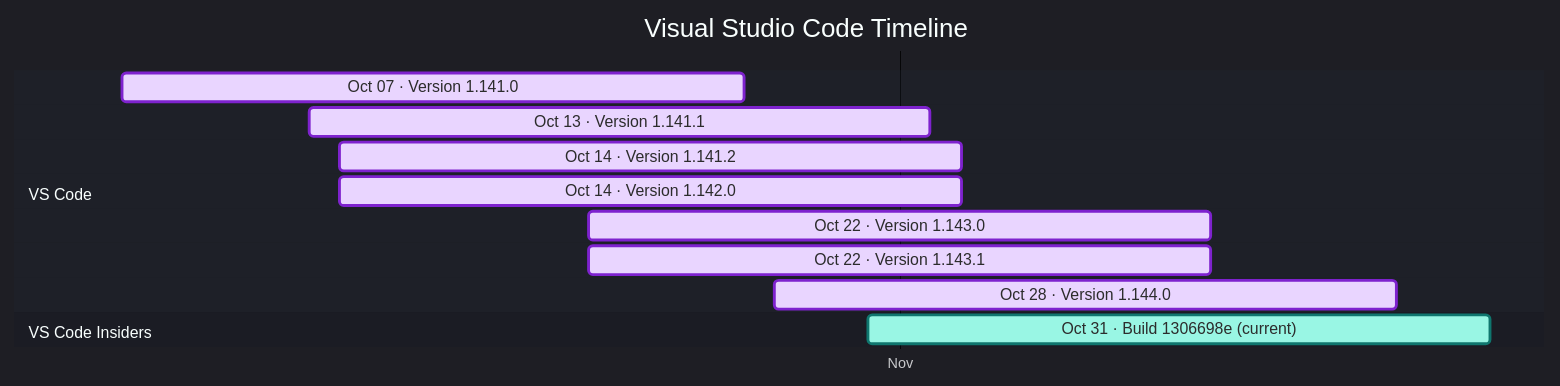
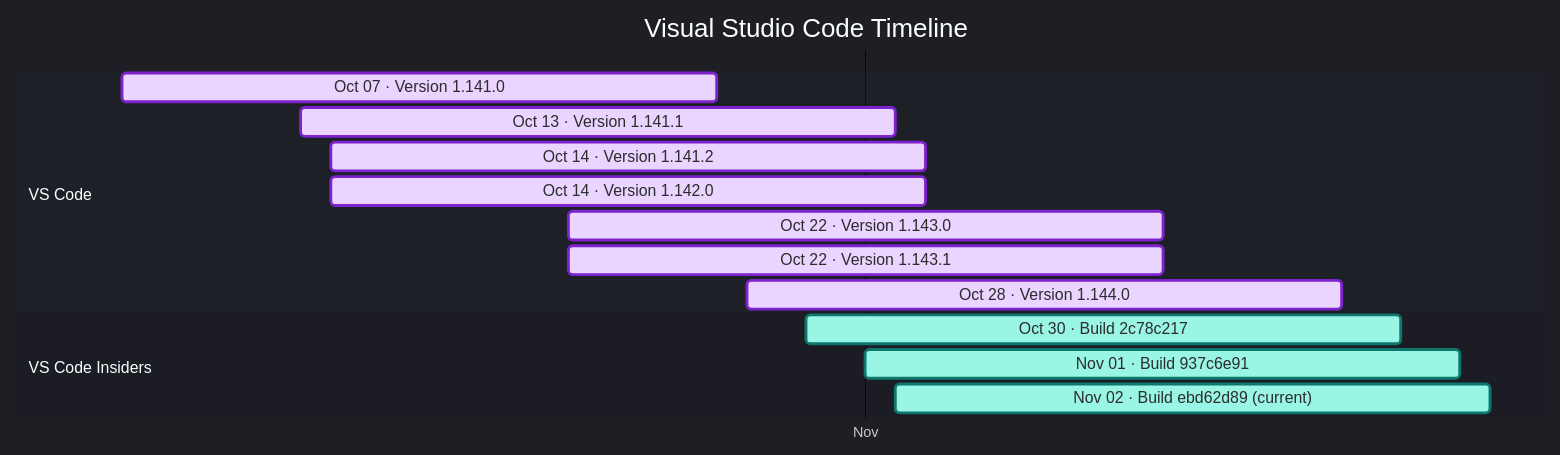
Before and after one commit to Oxelya-DevTools/VisualStudioUpdate: the diagram in docs/vscode.md, drawn with Mermaid. The commit also changed other lines of this file and 1 other file, not shown here.

````diff
--- a/docs/vscode.md
+++ b/docs/vscode.md
@@ -9,18 +9,20 @@
 ```mermaid
 %%{init: {'theme':'dark','themeVariables': { 'fontFamily': 'Segoe UI', 'fontSize': '24px', 'textColor': '#F3F4F6', 'titleTextColor': '#FFFFFF', 'taskTextColor': '#111827', 'taskTextLightColor': '#111827', 'taskTextOutsideColor': '#F3F4F6', 'taskBkgColor': '#BAE6FD', 'taskBorderColor': '#0369A1', 'doneTaskBkgColor': '#E9D5FF', 'doneTaskBorderColor': '#7E22CE', 'activeTaskBkgColor': '#99F6E4', 'activeTaskBorderColor': '#0F766E', 'critTaskBkgColor': '#FED7AA', 'critTaskBorderColor': '#C2410C', 'sectionBkgColor': '#1F2937', 'altSectionBkgColor': '#111827', 'gridColor': '#4B5563', 'todayLineColor': '#F87171' }}}%%
 gantt
     title Visual Studio Code Timeline
     dateFormat  YYYY-MM-DD
     axisFormat  %b
     tickInterval 1month
     section VS Code
     Oct 07 · Version 1.141.0 : done, vscode202610070, 2026-10-07, 20d
     Oct 13 · Version 1.141.1 : done, vscode202610131, 2026-10-13, 20d
     Oct 14 · Version 1.141.2 : done, vscode202610142, 2026-10-14, 20d
     Oct 14 · Version 1.142.0 : done, vscode202610143, 2026-10-14, 20d
     Oct 22 · Version 1.143.0 : done, vscode202610224, 2026-10-22, 20d
     Oct 22 · Version 1.143.1 : done, vscode202610225, 2026-10-22, 20d
     Oct 28 · Version 1.144.0 : done, vscode202610286, 2026-10-28, 20d
     section VS Code Insiders
-    Oct 31 · Build 1306698e (current) : active, vscodeinsiders202610310, 2026-10-31, 20d
+    Oct 30 · Build 2c78c217 : active, vscodeinsiders202610300, 2026-10-30, 20d
+    Nov 01 · Build 937c6e91 : active, vscodeinsiders202611011, 2026-11-01, 20d
+    Nov 02 · Build ebd62d89 (current) : active, vscodeinsiders202611022, 2026-11-02, 20d
 ```
````
